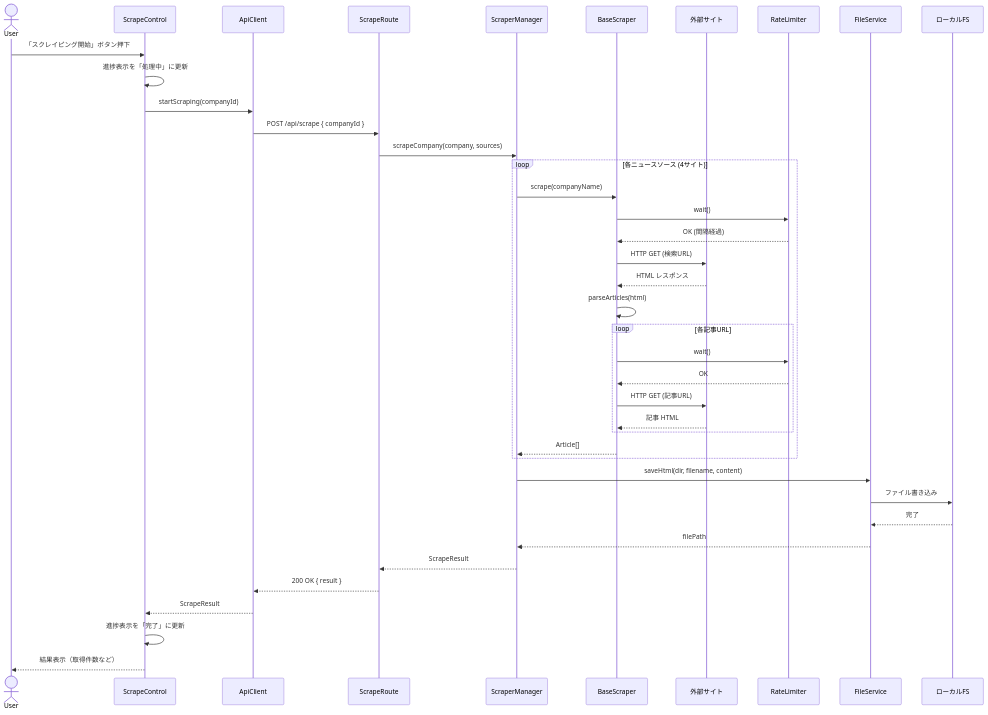
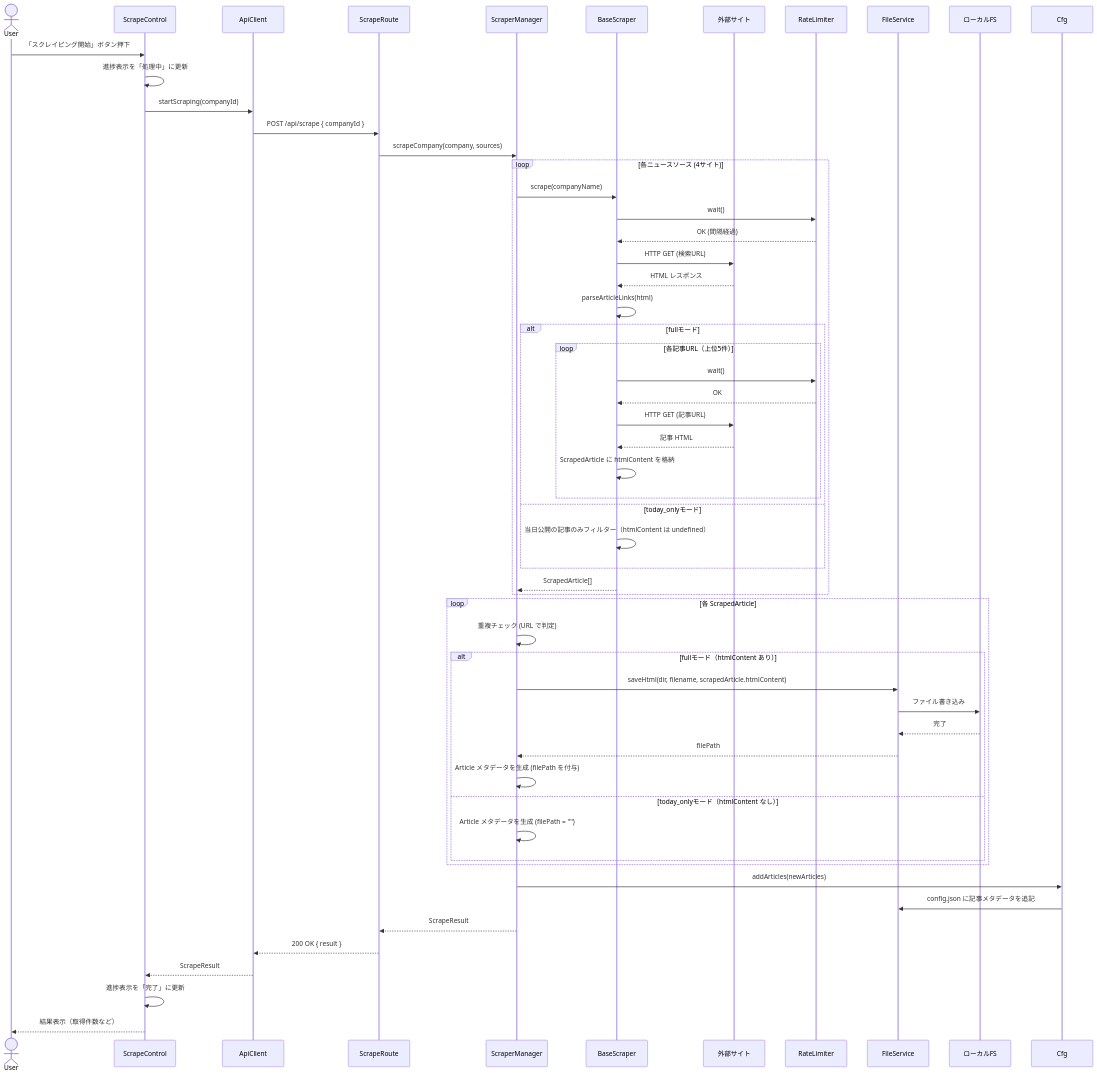
The third of 5 diagrams in ScheduledWebScraper&AlertBot/app/SPEC.md (uchi-yama-hiro/develop_app), drawn with Mermaid before and after one commit. The commit also changed other lines of this file and 54 other files, not shown here.

````diff
--- a/ScheduledWebScraper&AlertBot/app/SPEC.md
+++ b/ScheduledWebScraper&AlertBot/app/SPEC.md
@@ -376,47 +392,62 @@
 ```mermaid
 sequenceDiagram
     actor User
     participant UI as ScrapeControl
     participant API as ApiClient
     participant Route as ScrapeRoute
     participant Mgr as ScraperManager
     participant Scraper as BaseScraper
     participant Site as 外部サイト
     participant RL as RateLimiter
     participant FS as FileService
     participant Disk as ローカルFS
 
     User->>UI: 「スクレイピング開始」ボタン押下
     UI->>UI: 進捗表示を「処理中」に更新
     UI->>API: startScraping(companyId)
     API->>Route: POST /api/scrape { companyId }
     Route->>Mgr: scrapeCompany(company, sources)
 
     loop 各ニュースソース (4サイト)
         Mgr->>Scraper: scrape(companyName)
         Scraper->>RL: wait()
         RL-->>Scraper: OK (間隔経過)
         Scraper->>Site: HTTP GET (検索URL)
         Site-->>Scraper: HTML レスポンス
-        Scraper->>Scraper: parseArticles(html)
+        Scraper->>Scraper: parseArticleLinks(html)
 
-        loop 各記事URL
-            Scraper->>RL: wait()
-            RL-->>Scraper: OK
-            Scraper->>Site: HTTP GET (記事URL)
-            Site-->>Scraper: 記事 HTML
+        alt fullモード
+            loop 各記事URL（上位5件）
+                Scraper->>RL: wait()
+                RL-->>Scraper: OK
+                Scraper->>Site: HTTP GET (記事URL)
+                Site-->>Scraper: 記事 HTML
+                Scraper->>Scraper: ScrapedArticle に htmlContent を格納
+            end
+        else today_onlyモード
+            Scraper->>Scraper: 当日公開の記事のみフィルター（htmlContent は undefined）
         end
 
-        Scraper-->>Mgr: Article[]
+        Scraper-->>Mgr: ScrapedArticle[]
     end
 
-    Mgr->>FS: saveHtml(dir, filename, content)
-    FS->>Disk: ファイル書き込み
-    Disk-->>FS: 完了
-    FS-->>Mgr: filePath
+    loop 各 ScrapedArticle
+        Mgr->>Mgr: 重複チェック (URL で判定)
+        alt fullモード（htmlContent あり）
+            Mgr->>FS: saveHtml(dir, filename, scrapedArticle.htmlContent)
+            FS->>Disk: ファイル書き込み
+            Disk-->>FS: 完了
+            FS-->>Mgr: filePath
+            Mgr->>Mgr: Article メタデータを生成 (filePath を付与)
+        else today_onlyモード（htmlContent なし）
+            Mgr->>Mgr: Article メタデータを生成 (filePath = "")
+        end
+    end
+    Mgr->>Cfg: addArticles(newArticles)
+    Cfg->>FS: config.json に記事メタデータを追記
     Mgr-->>Route: ScrapeResult
     Route-->>API: 200 OK { result }
     API-->>UI: ScrapeResult
     UI->>UI: 進捗表示を「完了」に更新
     UI-->>User: 結果表示（取得件数など）
 ```
````
